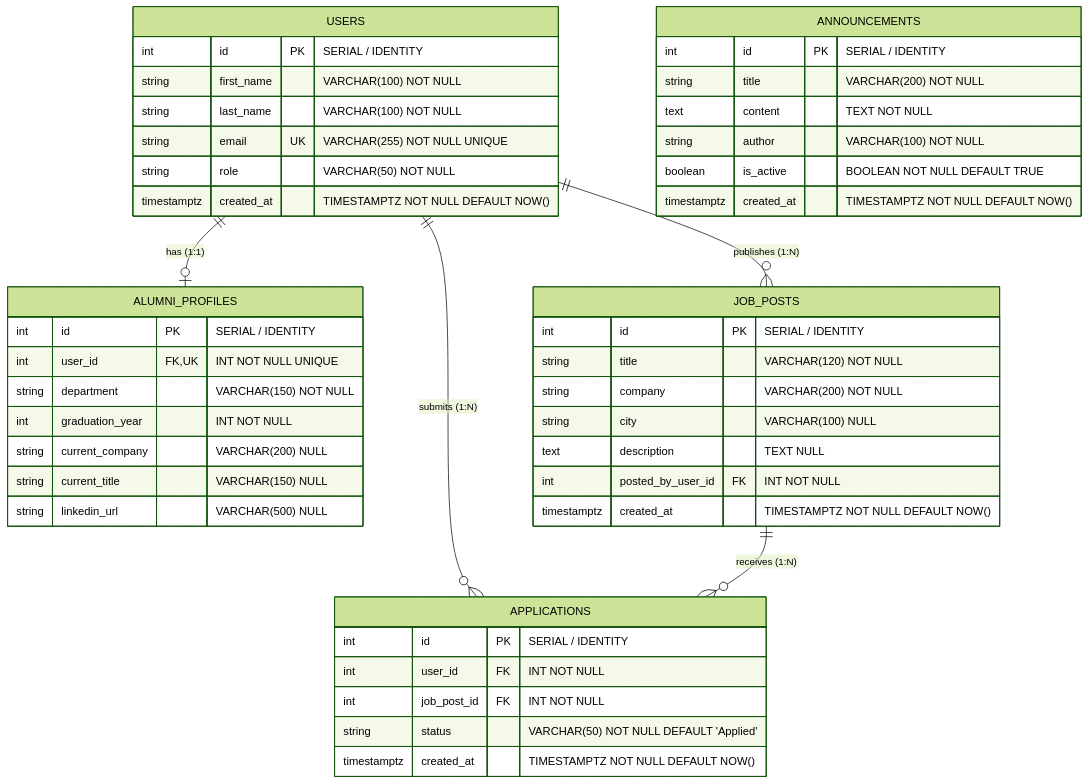
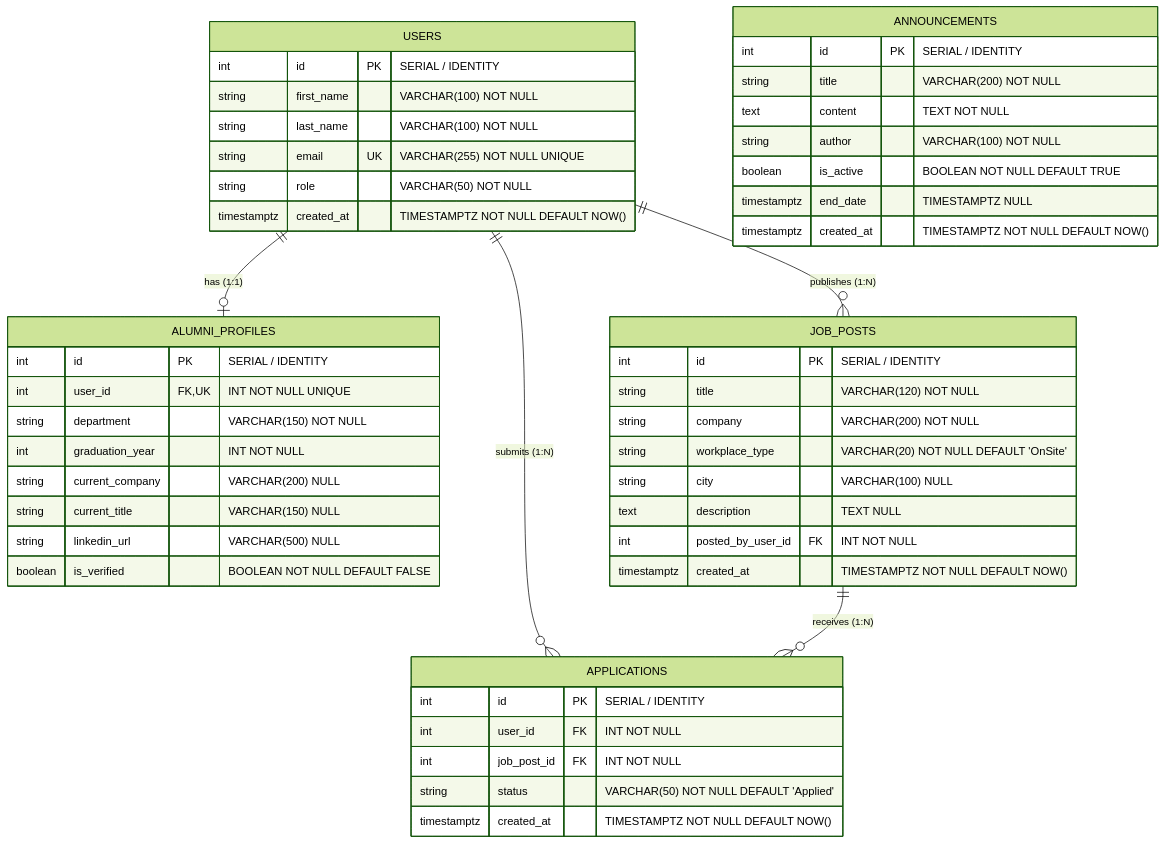
Before and after one commit to Sheva0710/Alumni: the diagram in DATA_DESIGN.md, drawn with Mermaid (forest theme). The commit also changed other lines of this file, not shown here.

````diff
--- a/DATA_DESIGN.md
+++ b/DATA_DESIGN.md
@@ -30,53 +30,56 @@
 ```mermaid
 erDiagram
     USERS ||--o| ALUMNI_PROFILES : "has (1:1)"
     USERS ||--o{ JOB_POSTS : "publishes (1:N)"
     USERS ||--o{ APPLICATIONS : "submits (1:N)"
     JOB_POSTS ||--o{ APPLICATIONS : "receives (1:N)"
 
     USERS {
         int id PK "SERIAL / IDENTITY"
         string first_name "VARCHAR(100) NOT NULL"
         string last_name "VARCHAR(100) NOT NULL"
         string email UK "VARCHAR(255) NOT NULL UNIQUE"
         string role "VARCHAR(50) NOT NULL"
         timestamptz created_at "TIMESTAMPTZ NOT NULL DEFAULT NOW()"
     }
 
     ALUMNI_PROFILES {
         int id PK "SERIAL / IDENTITY"
         int user_id FK,UK "INT NOT NULL UNIQUE"
         string department "VARCHAR(150) NOT NULL"
         int graduation_year "INT NOT NULL"
         string current_company "VARCHAR(200) NULL"
         string current_title "VARCHAR(150) NULL"
         string linkedin_url "VARCHAR(500) NULL"
+        boolean is_verified "BOOLEAN NOT NULL DEFAULT FALSE"
     }
 
     JOB_POSTS {
         int id PK "SERIAL / IDENTITY"
         string title "VARCHAR(120) NOT NULL"
         string company "VARCHAR(200) NOT NULL"
+        string workplace_type "VARCHAR(20) NOT NULL DEFAULT 'OnSite'"
         string city "VARCHAR(100) NULL"
         text description "TEXT NULL"
         int posted_by_user_id FK "INT NOT NULL"
         timestamptz created_at "TIMESTAMPTZ NOT NULL DEFAULT NOW()"
     }
 
     APPLICATIONS {
         int id PK "SERIAL / IDENTITY"
         int user_id FK "INT NOT NULL"
         int job_post_id FK "INT NOT NULL"
         string status "VARCHAR(50) NOT NULL DEFAULT 'Applied'"
         timestamptz created_at "TIMESTAMPTZ NOT NULL DEFAULT NOW()"
     }
 
     ANNOUNCEMENTS {
         int id PK "SERIAL / IDENTITY"
         string title "VARCHAR(200) NOT NULL"
         text content "TEXT NOT NULL"
         string author "VARCHAR(100) NOT NULL"
         boolean is_active "BOOLEAN NOT NULL DEFAULT TRUE"
+        timestamptz end_date "TIMESTAMPTZ NULL"
         timestamptz created_at "TIMESTAMPTZ NOT NULL DEFAULT NOW()"
     }
 ```
````
